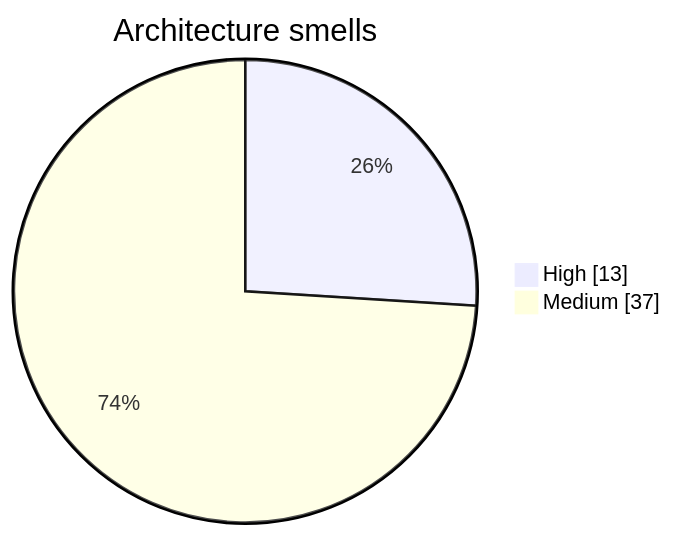
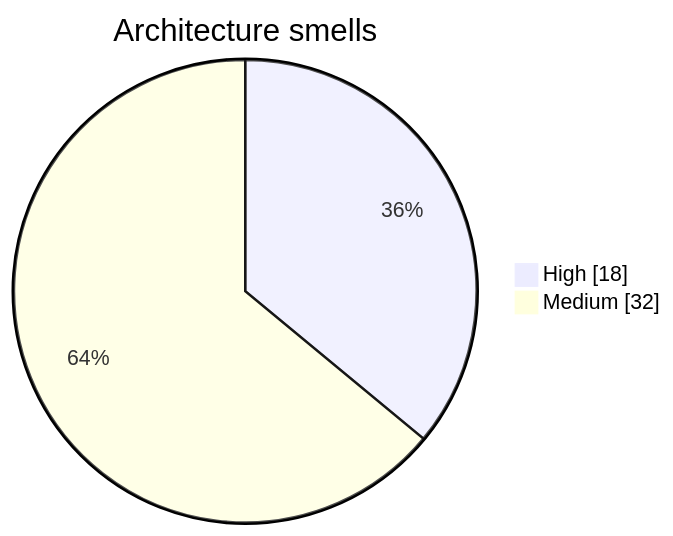
Before and after one commit to wolframs/jspace-probes: the diagram in .mentis/context/smells.md, drawn with Mermaid. The commit also changed other lines of this file and 70 other files, not shown here.

````diff
--- a/.mentis/context/smells.md
+++ b/.mentis/context/smells.md
@@ -7,5 +7,5 @@
 ```mermaid
 pie showData title Architecture smells
-    "High" : 13
-    "Medium" : 37
+    "High" : 18
+    "Medium" : 32
 ```
````
